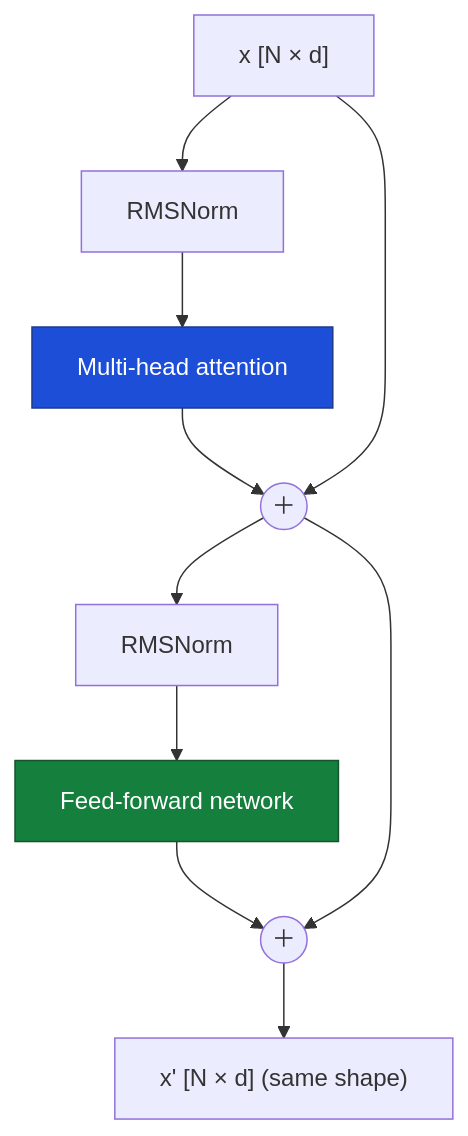
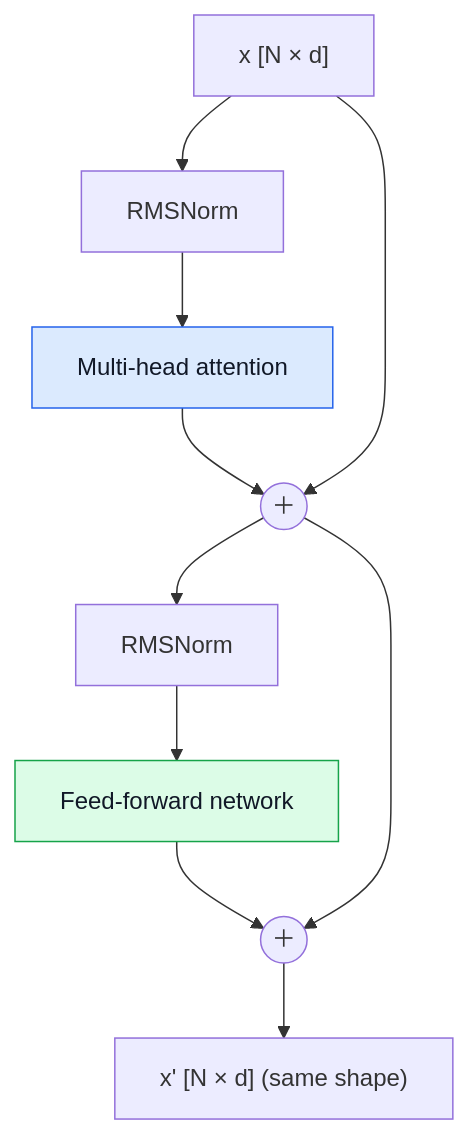
One commit to youyun8/deep-kernel-handbook changed the eighth of 10 diagrams in docs/foundations/transformer-from-scratch.md. Above: the diagram before and after it, drawn with Mermaid. The commit also changed other lines of this file and 10 other files, not shown here.

Commit message:
docs: fix diagram contrast and home title

````diff
--- a/docs/foundations/transformer-from-scratch.md
+++ b/docs/foundations/transformer-from-scratch.md
@@ -218,16 +218,16 @@
 ```mermaid
 flowchart TD
     IN["x  [N × d]"] --> N1["RMSNorm"]
     N1 --> ATT["Multi-head attention"]
     ATT --> R1(("＋"))
     IN --> R1
     R1 --> N2["RMSNorm"]
     N2 --> FFN["Feed-forward network"]
     FFN --> R2(("＋"))
     R1 --> R2
     R2 --> OUT["x'  [N × d]  (same shape)"]
     class ATT accBlue;
     class FFN accGreen;
-    classDef accBlue fill:#1d4ed8,stroke:#1e3a8a,color:#fff;
-    classDef accGreen fill:#15803d,stroke:#14532d,color:#fff;
+    classDef accBlue fill:#dbeafe,stroke:#2563eb,color:#111827;
+    classDef accGreen fill:#dcfce7,stroke:#16a34a,color:#111827;
 ```
````
